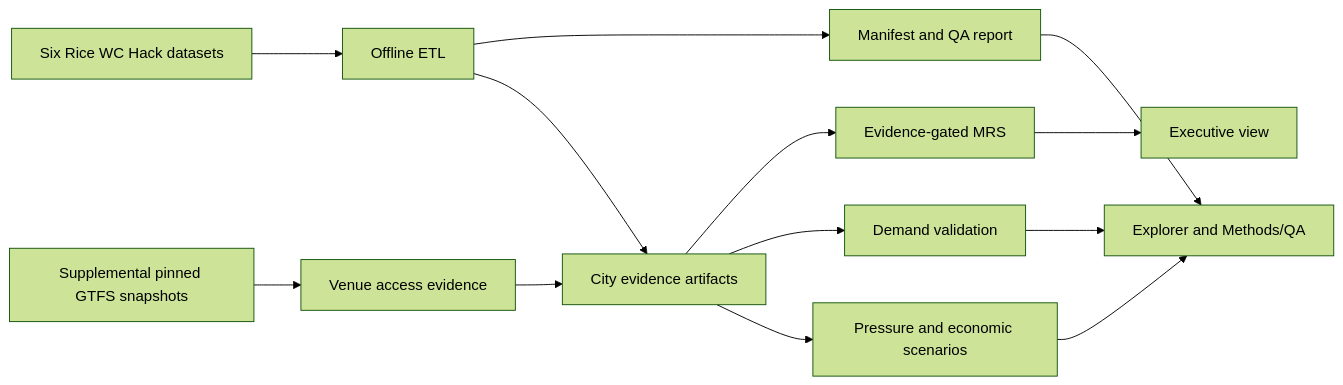
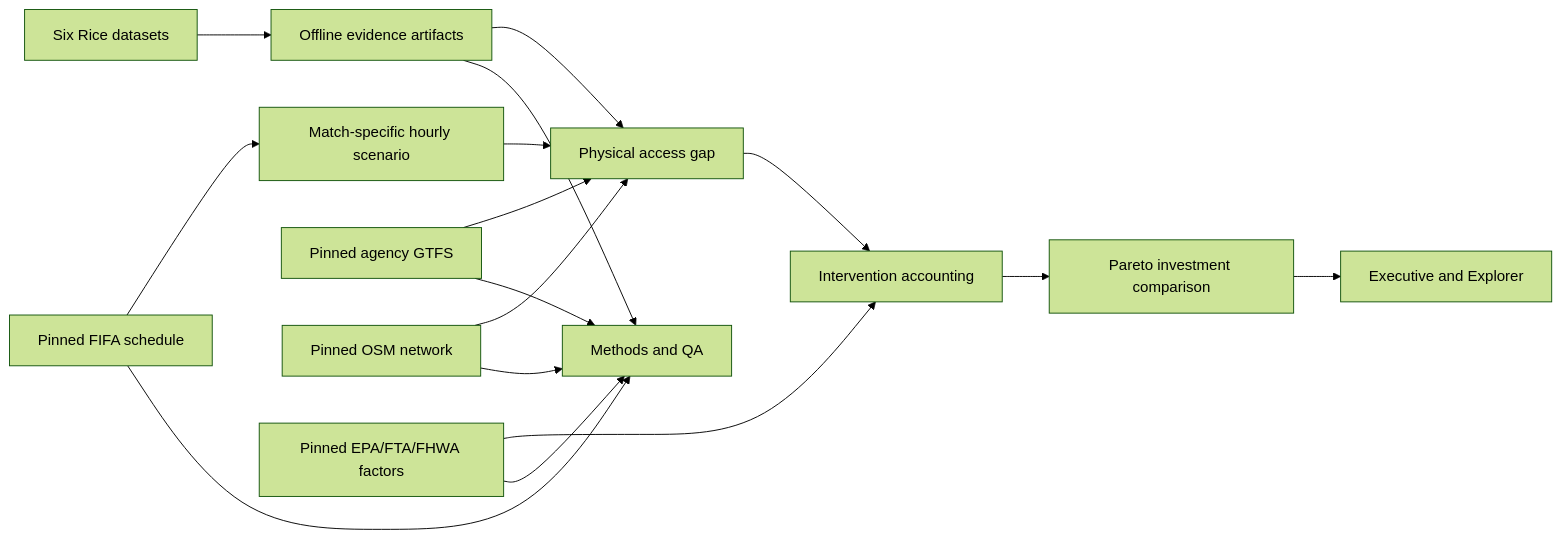
The diagram in docs/METHODOLOGY.md (Wei-Ping-Lam/mobility-platform), drawn with Mermaid (forest theme) before and after one commit. The commit also changed other lines of this file and 11 other files, not shown here.

````diff
--- a/docs/METHODOLOGY.md
+++ b/docs/METHODOLOGY.md
@@ -6,15 +16,18 @@
 ```mermaid
 flowchart LR
-  A[Six Rice WC Hack datasets] --> B[Offline ETL]
-  G[Supplemental pinned GTFS snapshots] --> C[Venue access evidence]
-  B --> D[Manifest and QA report]
-  B --> E[City evidence artifacts]
-  C --> E
-  E --> F[Evidence-gated MRS]
-  E --> H[Demand validation]
-  E --> I[Pressure and economic scenarios]
-  F --> J[Executive view]
-  H --> K[Explorer and Methods/QA]
-  I --> K
-  D --> K
+  R[Six Rice datasets] --> E[Offline evidence artifacts]
+  F[Pinned FIFA schedule] --> M[Match-specific hourly scenario]
+  G[Pinned agency GTFS] --> A[Physical access gap]
+  O[Pinned OSM network] --> A
+  E --> A
+  M --> A
+  X[Pinned EPA/FTA/FHWA factors] --> I[Intervention accounting]
+  A --> I
+  I --> P[Pareto investment comparison]
+  E --> Q[Methods and QA]
+  F --> Q
+  G --> Q
+  O --> Q
+  X --> Q
+  P --> U[Executive and Explorer]
 ```
````
